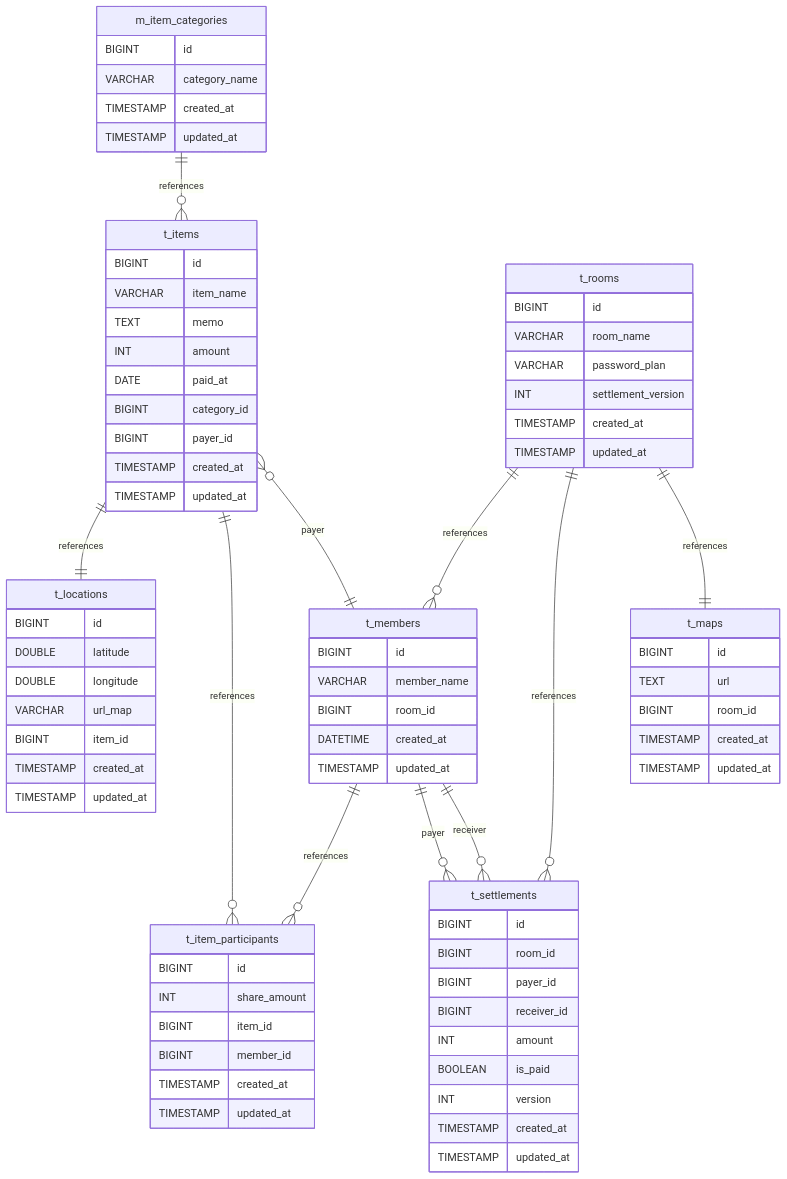
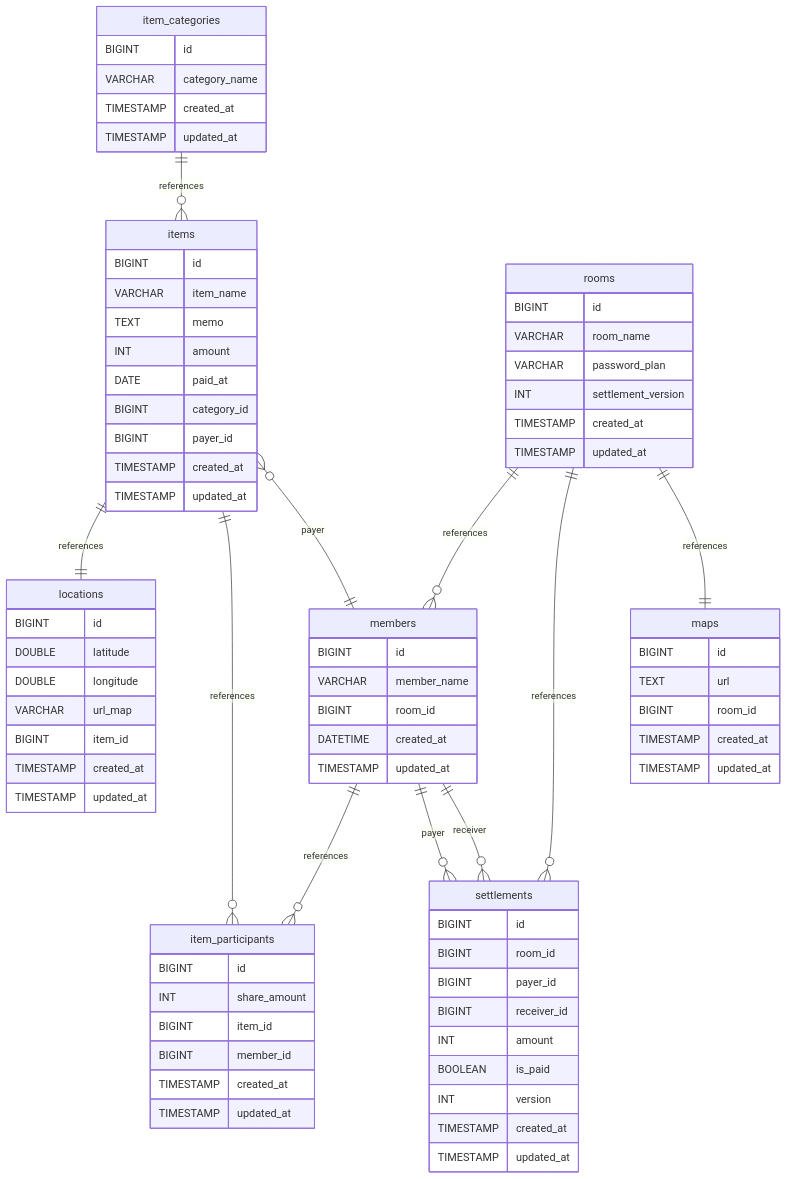
Before and after one commit to Masaharu-Fuji/wherepay: the diagram in doc/er.md, drawn with Mermaid. The commit also changed 13 other files, not shown here.

````diff
--- a/doc/er.md
+++ b/doc/er.md
@@ -3,24 +3,24 @@
 ```mermaid
 erDiagram
-  t_items ||--|| t_locations : references
-  t_rooms ||--o{ t_members : references
-  t_members ||--o{ t_item_participants : references
-  t_items ||--o{ t_item_participants : references
-  t_rooms ||--o{ t_settlements : references
-  t_members ||--o{ t_settlements : payer
-  t_members ||--o{ t_settlements : receiver
-  m_item_categories ||--o{ t_items : references
-  t_rooms ||--|| t_maps : references
-  t_items }o--|| t_members : payer
+  items ||--|| locations : references
+  rooms ||--o{ members : references
+  members ||--o{ item_participants : references
+  items ||--o{ item_participants : references
+  rooms ||--o{ settlements : references
+  members ||--o{ settlements : payer
+  members ||--o{ settlements : receiver
+  item_categories ||--o{ items : references
+  rooms ||--|| maps : references
+  items }o--|| members : payer
 
-  m_item_categories {
+  item_categories {
     BIGINT id
     VARCHAR category_name
     TIMESTAMP created_at
     TIMESTAMP updated_at
   }
 
-  t_rooms {
+  rooms {
     BIGINT id
     VARCHAR room_name
     VARCHAR password_plan
@@ -29,7 +29,7 @@
     TIMESTAMP updated_at
   }
 
-  t_items {
+  items {
     BIGINT id
     VARCHAR item_name
     TEXT memo
@@ -41,7 +41,7 @@
     TIMESTAMP updated_at
   }
 
-  t_members {
+  members {
     BIGINT id
     VARCHAR member_name
     BIGINT room_id
@@ -49,7 +49,7 @@
     TIMESTAMP updated_at
   }
 
-  t_locations {
+  locations {
     BIGINT id
     DOUBLE latitude
     DOUBLE longitude
@@ -59,7 +59,7 @@
     TIMESTAMP updated_at
   }
 
-  t_item_participants {
+  item_participants {
     BIGINT id
     INT share_amount
     BIGINT item_id
@@ -68,7 +68,7 @@
     TIMESTAMP updated_at
   }
 
-  t_settlements {
+  settlements {
     BIGINT id
     BIGINT room_id
     BIGINT payer_id
@@ -80,7 +80,7 @@
     TIMESTAMP updated_at
   }
 
-  t_maps {
+  maps {
     BIGINT id
     TEXT url
     BIGINT room_id
````
